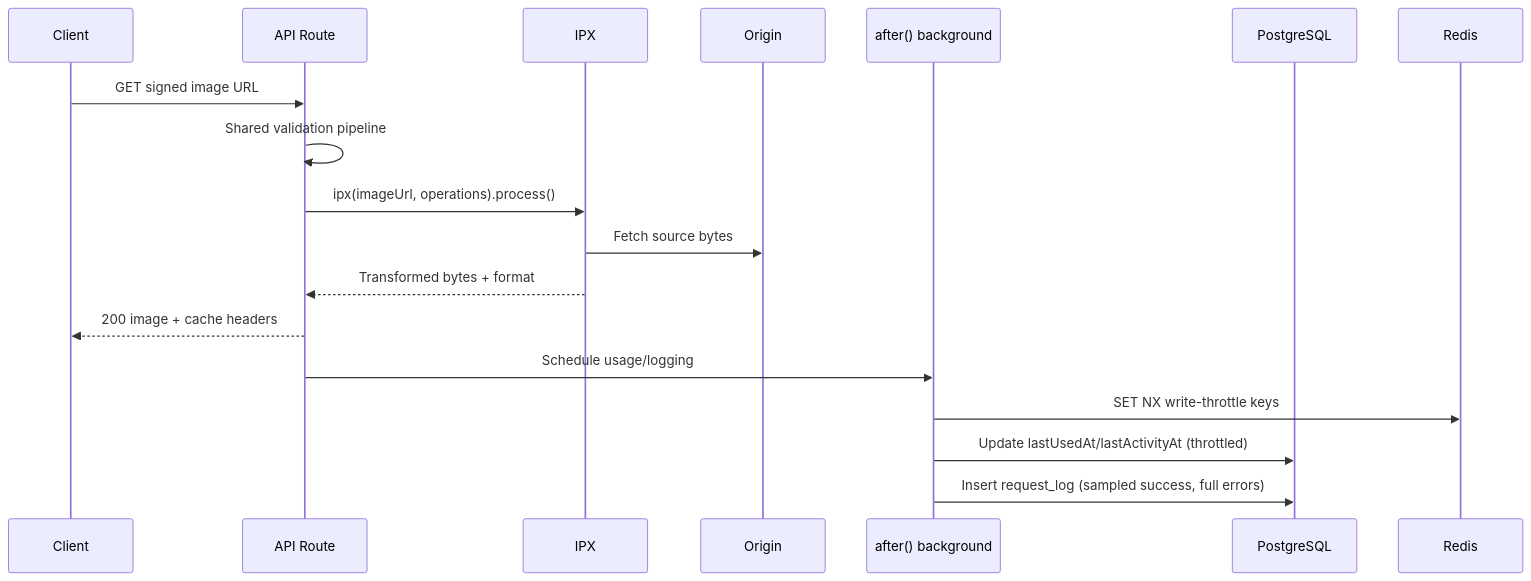
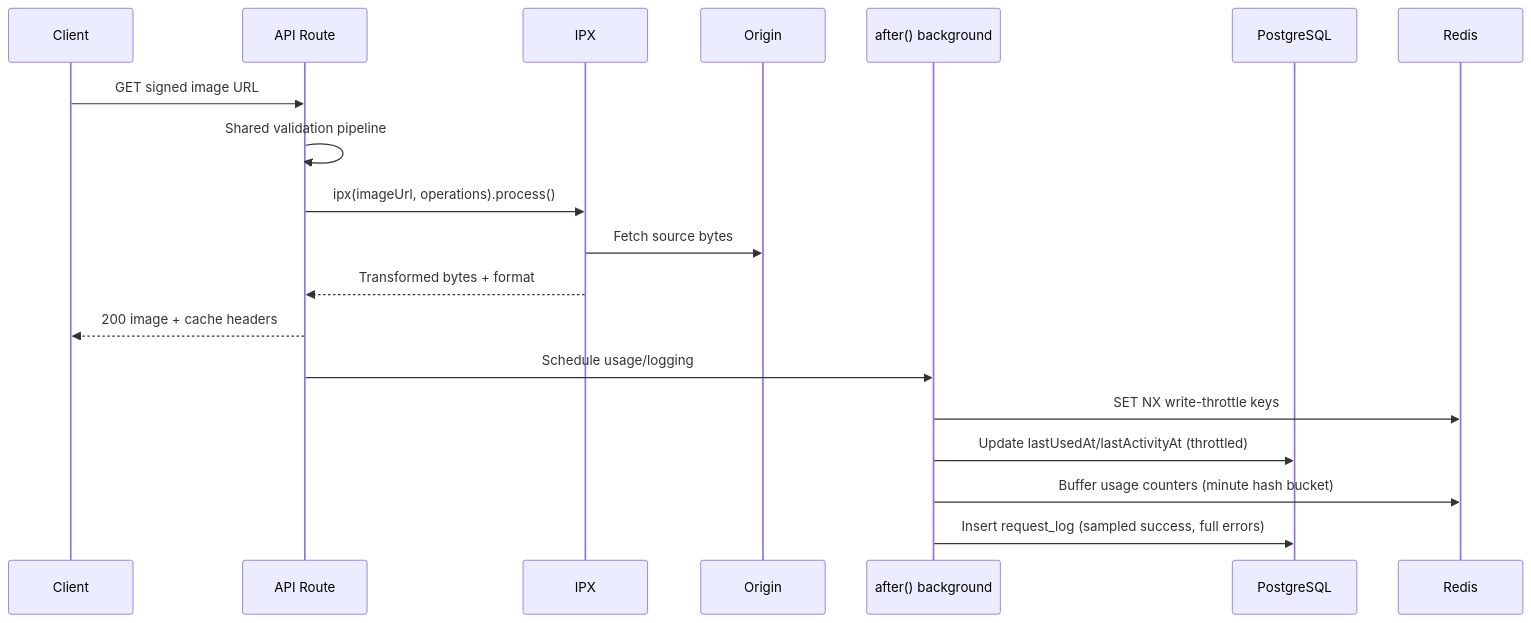
One commit to EricTsai83/optstuff changed the second of 3 diagrams in apps/docs/content/docs/architecture/request-lifecycle.mdx. Above: the diagram before and after it, drawn with Mermaid. The commit also changed other lines of this file and 23 other files, not shown here.

````diff
--- a/apps/docs/content/docs/architecture/request-lifecycle.mdx
+++ b/apps/docs/content/docs/architecture/request-lifecycle.mdx
@@ -46,21 +46,22 @@
 ```mermaid
 sequenceDiagram
   participant C as Client
   participant R as API Route
   participant I as IPX
   participant O as Origin
   participant BG as after() background
   participant DB as PostgreSQL
   participant Redis as Redis
 
   C->>R: GET signed image URL
   R->>R: Shared validation pipeline
   R->>I: ipx(imageUrl, operations).process()
   I->>O: Fetch source bytes
   I-->>R: Transformed bytes + format
   R-->>C: 200 image + cache headers
   R->>BG: Schedule usage/logging
   BG->>Redis: SET NX write-throttle keys
   BG->>DB: Update lastUsedAt/lastActivityAt (throttled)
+  BG->>Redis: Buffer usage counters (minute hash bucket)
   BG->>DB: Insert request_log (sampled success, full errors)
 ```
````
